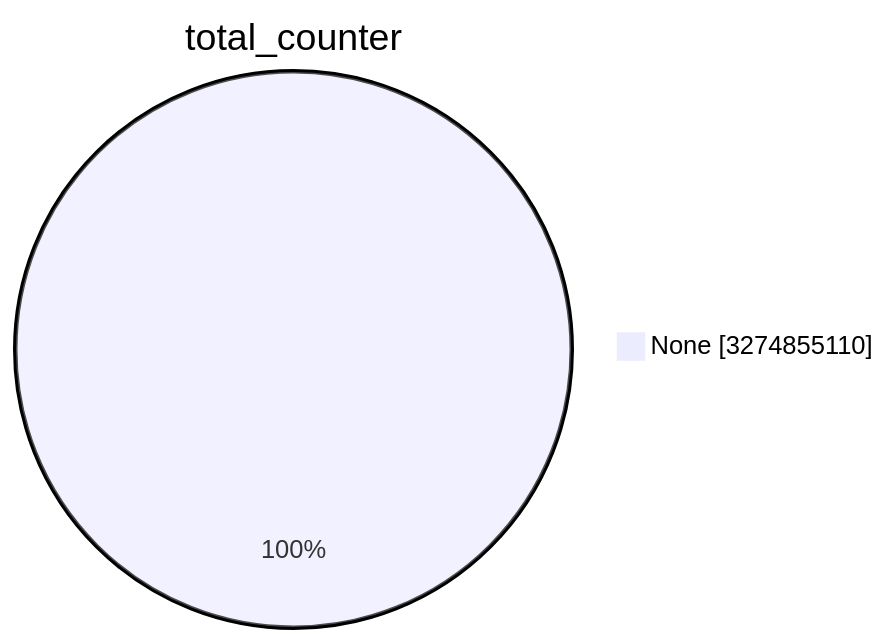
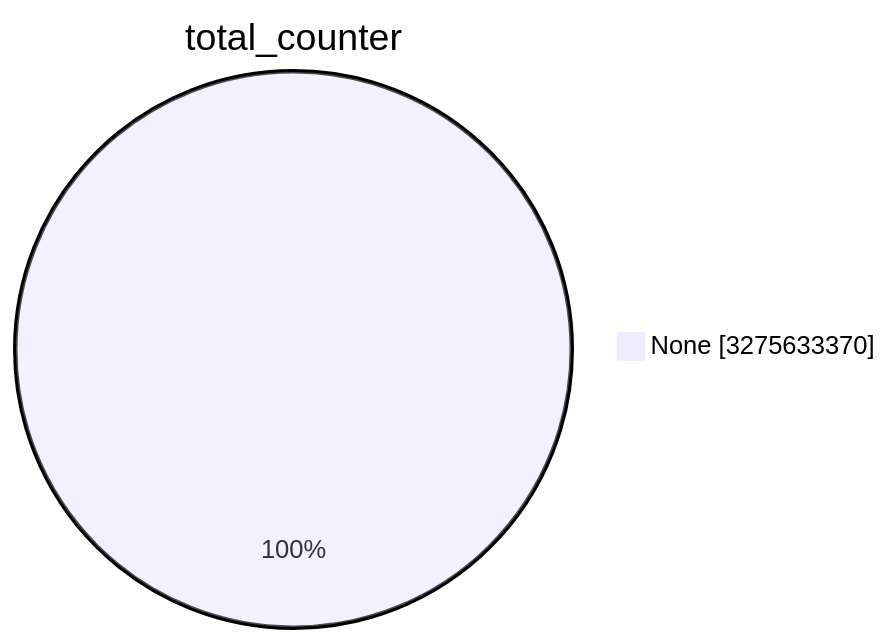
The first of 15 diagrams in TOTAL/README.md (christiankrug/ctmonitor_visualization), drawn with Mermaid before and after one commit. The commit also changed other lines of this file, not shown here.

````diff
--- a/TOTAL/README.md
+++ b/TOTAL/README.md
@@ -1,5 +1,5 @@
 ```mermaid
 pie showData
 title total_counter
-"None" :3274855110
+"None" :3275633370
 ```
````
